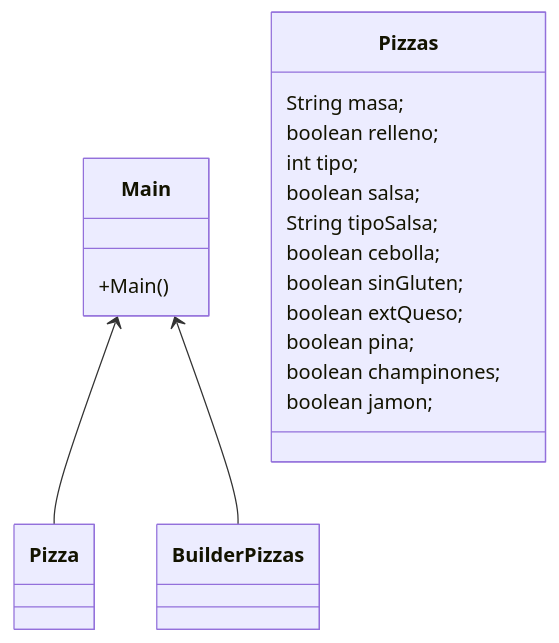
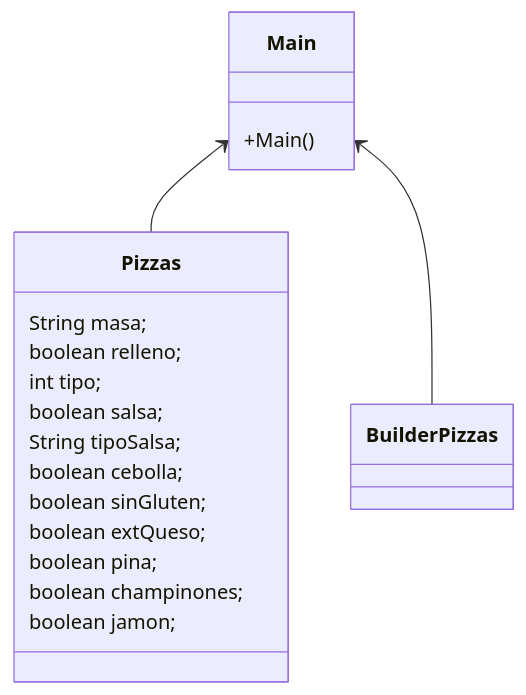
The diagram in README.md (PachecoASIR/PatronBuilder), drawn with Mermaid before and after one commit.

Commit message:
Commit Mermaid v2

````diff
--- a/README.md
+++ b/README.md
@@ -9,27 +9,27 @@
 ```mermaid
 classDiagram
 
     class Main{
     +Main()
     }
     
     class Pizzas{
     String masa;
     boolean relleno;
     int tipo;
     boolean salsa;
     String tipoSalsa;
     boolean cebolla;
     boolean sinGluten;
     boolean extQueso;
     boolean pina;
     boolean champinones;
     boolean jamon;
     }
     
     class BuilderPizzas{
     }
       
-     Main <-- Pizza
+     Main <-- Pizzas
      Main <-- BuilderPizzas
 ```
````
